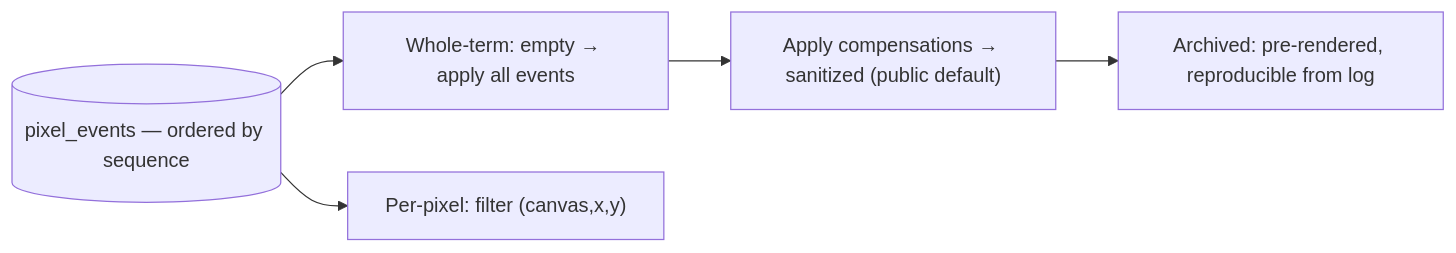
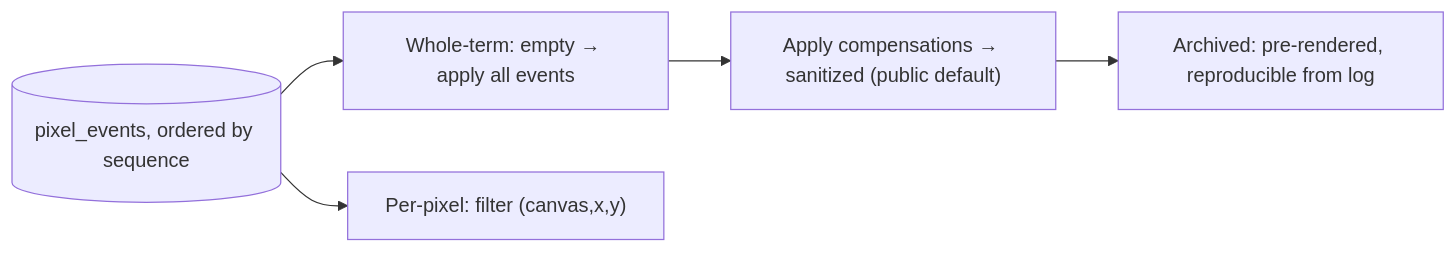
One commit to div0rce/quad-canvas changed the third of 4 diagrams in docs/EVENT_SOURCING.md. Above: the diagram before and after it, drawn with Mermaid. The commit also changed other lines of this file and 98 other files, not shown here.

````diff
--- a/docs/EVENT_SOURCING.md
+++ b/docs/EVENT_SOURCING.md
@@ -220,10 +220,10 @@
 ```mermaid
 flowchart LR
-  LOG[("pixel_events — ordered by sequence")]
+  LOG[("pixel_events, ordered by sequence")]
   WHOLE["Whole-term: empty → apply all events"]
   PIX["Per-pixel: filter (canvas,x,y)"]
   SAN["Apply compensations → sanitized (public default)"]
   ARC["Archived: pre-rendered, reproducible from log"]
   LOG --> WHOLE --> SAN --> ARC
   LOG --> PIX
 ```
````
